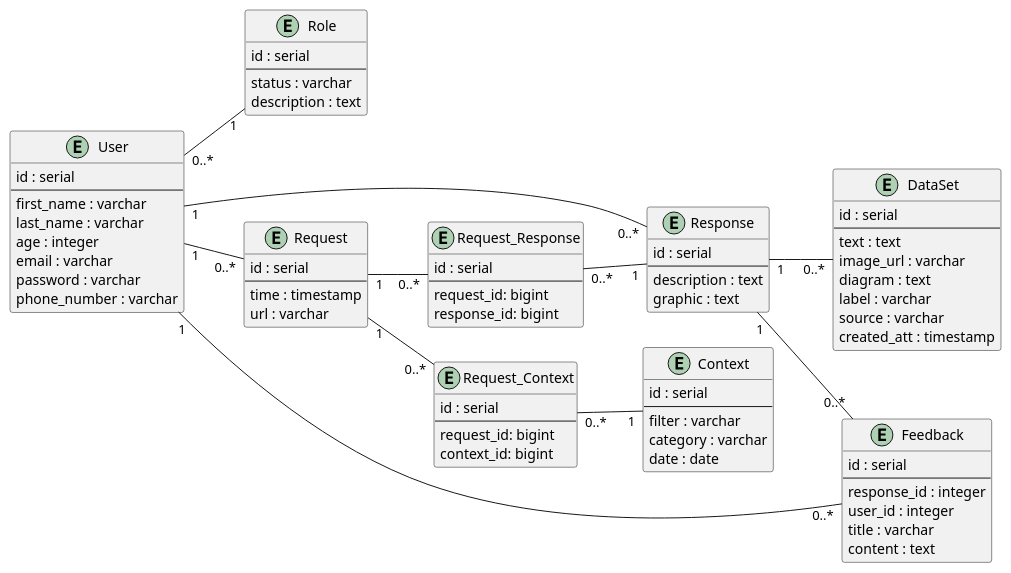
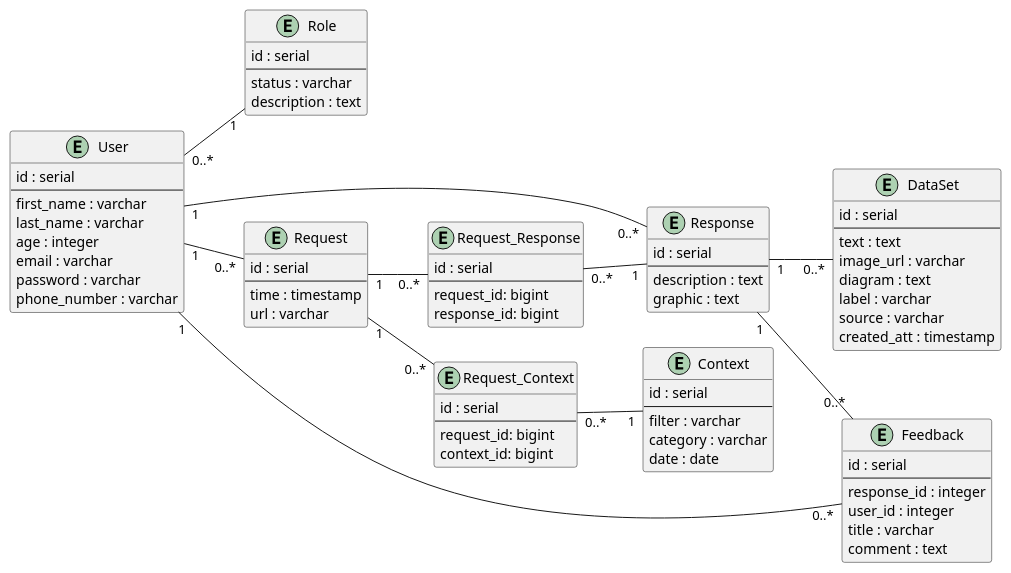
Before and after one commit to panther21Lw/db_labs_io31: the second of 2 diagrams in docs/design/README.md, drawn with PlantUML. The commit also changed other lines of this file, not shown here.

Commit message:
Change Feedback.content to Feedback.comment

```diff
--- a/docs/design/README.md
+++ b/docs/design/README.md
@@ -200,7 +200,7 @@
         response_id : integer
         user_id : integer
         title : varchar
-        content : text
+        comment : text
     }
     
     User "0..*" -- "1" Role
```
